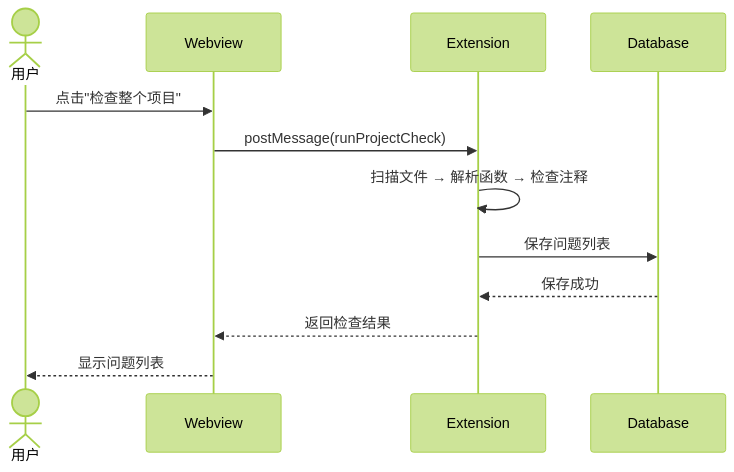
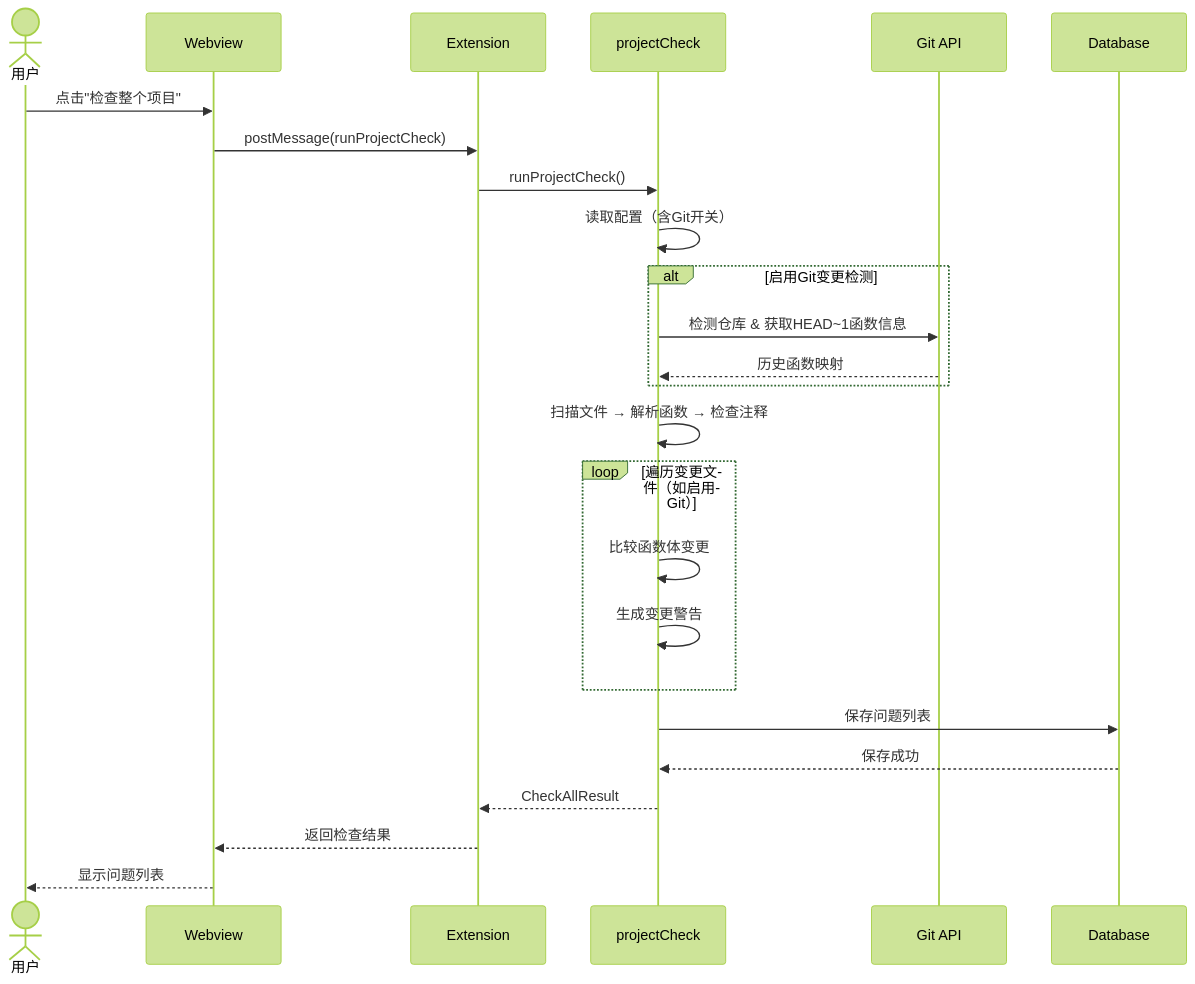
One commit to Aldebaran638/Doc-Doctor changed the eighth of 11 diagrams in RequirementDocument/设计文档.md. Above: the diagram before and after it, drawn with Mermaid (forest theme). The commit also changed other lines of this file and 24 other files, not shown here.

````diff
--- a/RequirementDocument/设计文档.md
+++ b/RequirementDocument/设计文档.md
@@ -356,15 +456,32 @@
 ```mermaid
 sequenceDiagram
     actor U as 用户
     participant W as Webview
     participant E as Extension
+    participant PC as projectCheck
+    participant GIT as Git API
     participant DB as Database
 
     U->>W: 点击"检查整个项目"
     W->>E: postMessage(runProjectCheck)
-    E->>E: 扫描文件 → 解析函数 → 检查注释
-    E->>DB: 保存问题列表
-    DB-->>E: 保存成功
+    E->>PC: runProjectCheck()
+    PC->>PC: 读取配置（含Git开关）
+    
+    alt 启用Git变更检测
+        PC->>GIT: 检测仓库 & 获取HEAD~1函数信息
+        GIT-->>PC: 历史函数映射
+    end
+    
+    PC->>PC: 扫描文件 → 解析函数 → 检查注释
+    
+    loop 遍历变更文件（如启用Git）
+        PC->>PC: 比较函数体变更
+        PC->>PC: 生成变更警告
+    end
+    
+    PC->>DB: 保存问题列表
+    DB-->>PC: 保存成功
+    PC-->>E: CheckAllResult
     E-->>W: 返回检查结果
     W-->>U: 显示问题列表
 ```
````
